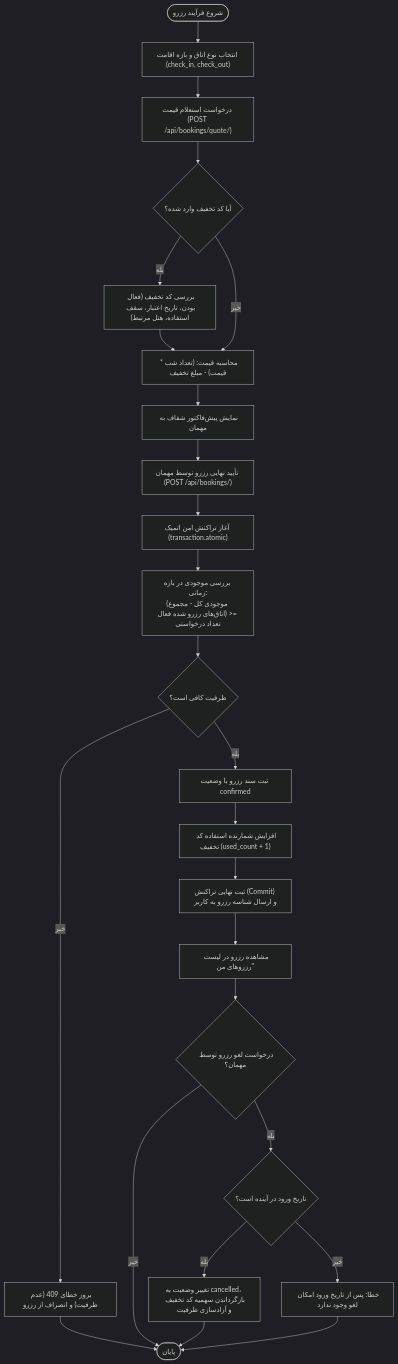
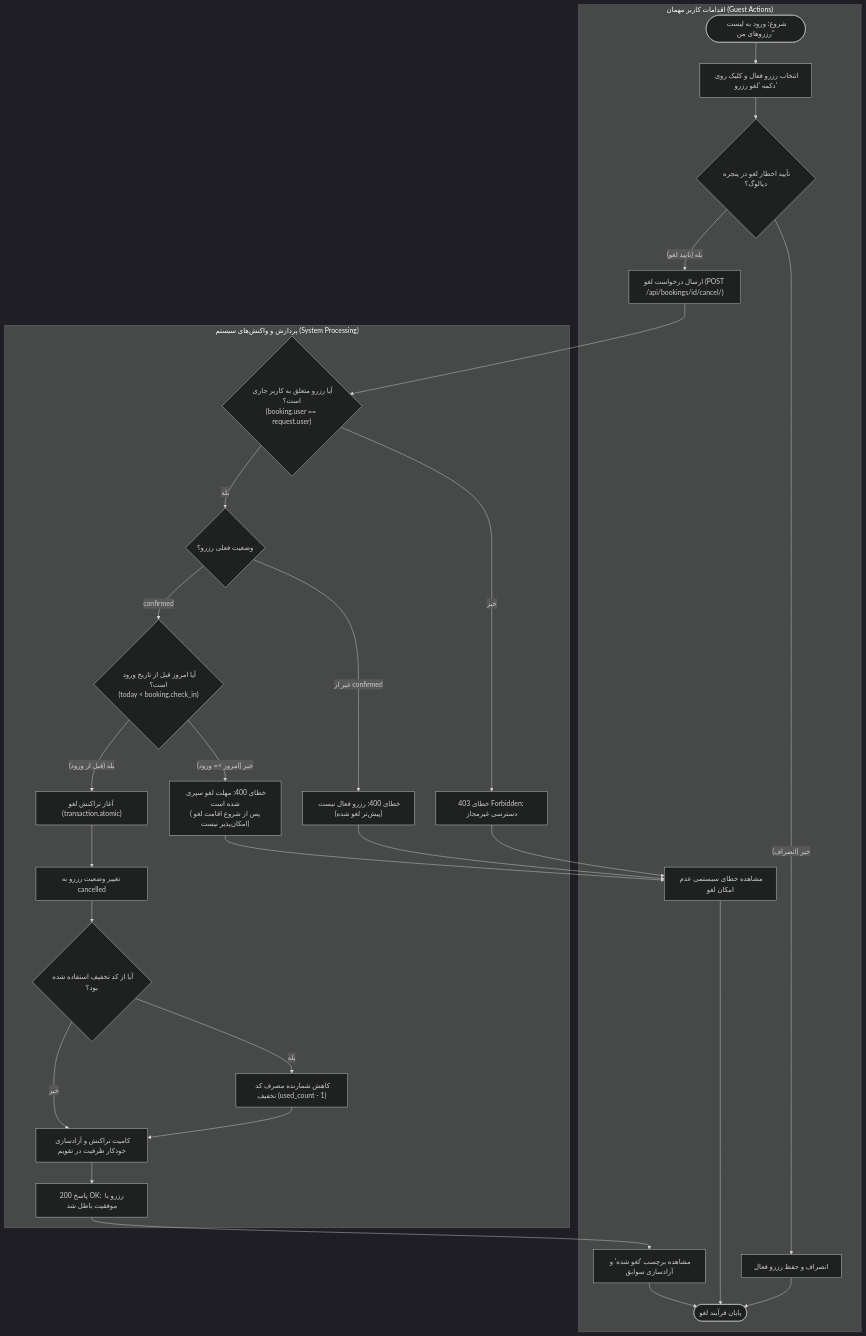
Before and after one commit to Amirmohammad-sl/hotel-reserve: the third of 7 diagrams in docs/PROCESS_DIAGRAMS.md, drawn with Mermaid (dark theme). The commit also changed other lines of this file and 14 other files, not shown here.

First line of the commit message:
[P1-02] Align process diagrams with professor rubric (#17)

````diff
--- a/docs/PROCESS_DIAGRAMS.md
+++ b/docs/PROCESS_DIAGRAMS.md
@@ -133,32 +222,61 @@
 ```mermaid
 flowchart TD
-    Start([شروع فرآیند رزرو]) --> SelectRoom["انتخاب نوع اتاق و بازه اقامت (check_in, check_out)"]
-    SelectRoom --> QuoteReq["درخواست استعلام قیمت (POST /api/bookings/quote/)"]
-    QuoteReq --> HasDiscount{آیا کد تخفیف وارد شده؟}
+    subgraph Guest["اقدامات کاربر مهمان (Guest Actions)"]
+        C_Start([شروع: ورود به لیست 'رزروهای من'])
+        C_Select["انتخاب رزرو فعال و کلیک روی دکمه 'لغو رزرو'"]
+        C_Confirm{"تأیید اخطار لغو در پنجره دیالوگ؟"}
+        C_Abort["انصراف و حفظ رزرو فعال"]
+        C_Submit["ارسال درخواست لغو (POST /api/bookings/id/cancel/)"]
+        C_ViewErr["مشاهده خطای سیستمی عدم امکان لغو"]
+        C_Success["مشاهده برچسب 'لغو شده' و آزادسازی سوابق"]
+        C_End([پایان فرآیند لغو])
+    end
 
-    HasDiscount -->|بله| ValidateCode["بررسی کد تخفیف (فعال بودن، تاریخ اعتبار، سقف استفاده، هتل مرتبط)"]
-    ValidateCode --> CalcPrice["محاسبه قیمت: (تعداد شب * قیمت) - مبلغ تخفیف"]
-    HasDiscount -->|خیر| CalcPrice
+    subgraph System["پردازش و واکنش‌های سیستم (System Processing)"]
+        S_CheckOwner{"آیا رزرو متعلق به کاربر جاری است؟\n(booking.user == request.user)"}
+        S_Err403["خطای 403 Forbidden: دسترسی غیرمجاز"]
+        S_CheckStatus{"وضعیت فعلی رزرو؟"}
+        S_ErrNotConf["خطای 400: رزرو فعال نیست (پیش‌تر لغو شده)"]
+        S_CheckDate{"آیا امروز قبل از تاریخ ورود است؟\n(today < booking.check_in)"}
+        S_ErrDatePass["خطای 400: مهلت لغو سپری شده است\n(پس از شروع اقامت لغو امکان‌پذیر نیست)"]
+        S_TxCancel["آغاز تراکنش لغو (transaction.atomic)"]
+        S_UpdateStatus["تغییر وضعیت رزرو به cancelled"]
+        S_HadDisc{"آیا از کد تخفیف استفاده شده بود؟"}
+        S_RestoreDisc["کاهش شمارنده مصرف کد تخفیف (used_count - 1)"]
+        S_CommitCancel["کامیت تراکنش و آزادسازی خودکار ظرفیت در تقویم"]
+        S_Resp200["پاسخ 200 OK: رزرو با موفقیت باطل شد"]
+    end
 
-    CalcPrice --> ShowQuote["نمایش پیش‌فاکتور شفاف به مهمان"]
-    ShowQuote --> ConfirmBooking["تأیید نهایی رزرو توسط مهمان (POST /api/bookings/)"]
+    C_Start --> C_Select
+    C_Select --> C_Confirm
 
-    ConfirmBooking --> AtomicTrans["آغاز تراکنش امن اتمیک (transaction.atomic)"]
-    AtomicTrans --> LockCheck["بررسی موجودی در بازه زمانی:\n(موجودی کل - مجموع اتاق‌های رزرو شده فعال) >= تعداد درخواستی"]
+    C_Confirm -- "خیر (انصراف)" --> C_Abort
+    C_Abort --> C_End
 
-    LockCheck --> Available{ظرفیت کافی است؟}
-    Available -->|خیر| Rollback["بروز خطای 409 (عدم ظرفیت) و انصراف از رزرو"] --> End([پایان])
-    Available -->|بله| CreateBooking["ثبت سند رزرو با وضعیت confirmed"]
-    CreateBooking --> IncDiscount["افزایش شمارنده استفاده کد تخفیف (used_count + 1)"]
-    IncDiscount --> Commit["ثبت نهایی تراکنش (Commit) و ارسال شناسه رزرو به کاربر"]
+    C_Confirm -- "بله (تایید لغو)" --> C_Submit
+    C_Submit --> S_CheckOwner
 
-    Commit --> GuestMine["مشاهده رزرو در لیست 'رزروهای من'"]
+    S_CheckOwner -- "خیر" --> S_Err403
+    S_Err403 --> C_ViewErr
 
-    GuestMine --> CancelCheck{درخواست لغو رزرو توسط مهمان؟}
-    CancelCheck -->|بله| CanCancel{تاریخ ورود در آینده است؟}
-    CanCancel -->|بله| DoCancel["تغییر وضعیت به cancelled، بازگرداندن سهمیه کد تخفیف و آزادسازی ظرفیت"]
-    CanCancel -->|خیر| ErrCancel["خطا: پس از تاریخ ورود امکان لغو وجود ندارد"]
-    CancelCheck -->|خیر| End
-    DoCancel --> End
-    ErrCancel --> End
+    S_CheckOwner -- "بله" --> S_CheckStatus
+    S_CheckStatus -- "غیر از confirmed" --> S_ErrNotConf
+    S_ErrNotConf --> C_ViewErr
+
+    S_CheckStatus -- "confirmed" --> S_CheckDate
+    S_CheckDate -- "خیر (امروز >= ورود)" --> S_ErrDatePass
+    S_ErrDatePass --> C_ViewErr
+
+    S_CheckDate -- "بله (قبل از ورود)" --> S_TxCancel
+    S_TxCancel --> S_UpdateStatus
+    S_UpdateStatus --> S_HadDisc
+
+    S_HadDisc -- "بله" --> S_RestoreDisc
+    S_HadDisc -- "خیر" --> S_CommitCancel
+    S_RestoreDisc --> S_CommitCancel
+
+    S_CommitCancel --> S_Resp200
+    S_Resp200 --> C_Success
+    C_Success --> C_End
+    C_ViewErr --> C_End
 ```
````
